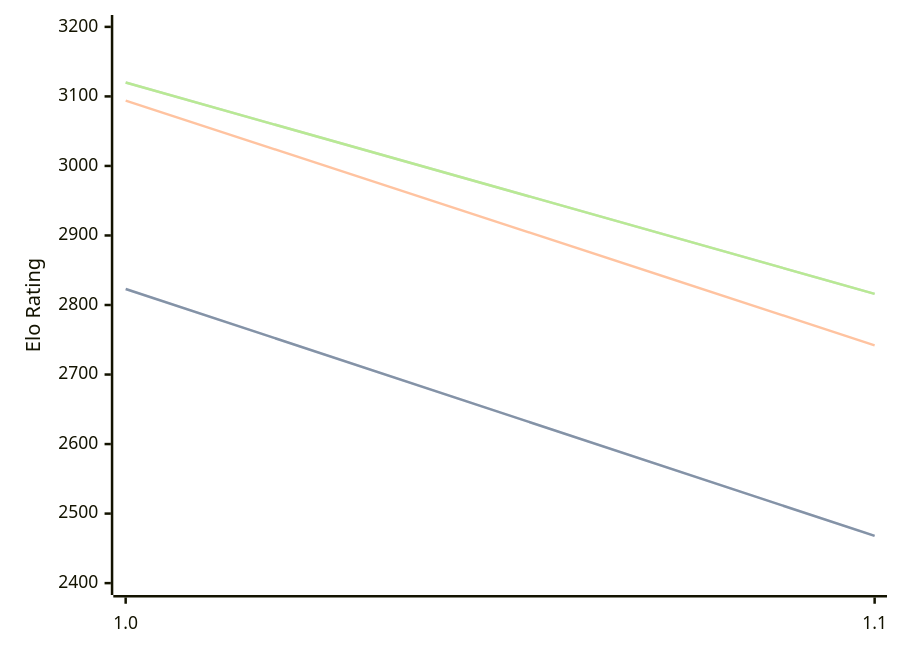
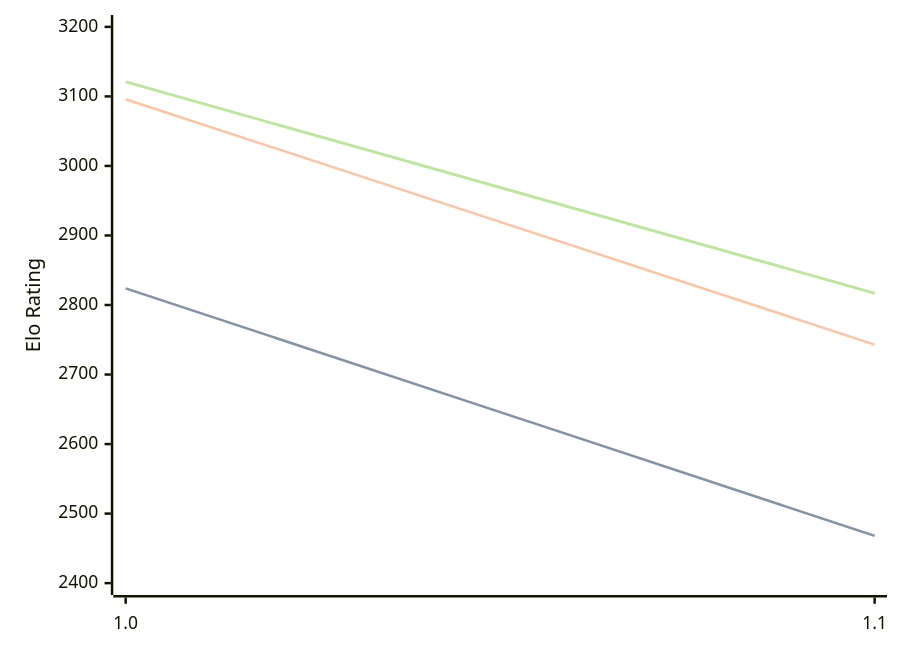
One commit to computer-chess-index/cci changed the third of 3 diagrams in engines/Publius.md. Above: the diagram before and after it, drawn with Mermaid. The commit also changed other lines of this file, not shown here.

Commit message:
Update CCI Ratings (ELO VLTC) - 2026-06-23

````diff
--- a/engines/Publius.md
+++ b/engines/Publius.md
@@ -65,11 +65,11 @@
 ```mermaid
 %%{init: {"theme":"base","themeVariables":{"seriesColors:['#a3a3a3','#222221','#faa371']}}}%%
 xychart-beta
   x-axis ["1.0", "1.1"]
   y-axis "Elo Rating" 2400 --> 3200
-  line "STC (8.0+0.08s)" [2823, 2468]
-  line "STC (8.0+0.08s)" [2823, 2468]
-  line "LTC (60.0+0.60s)" [3094, 2742]
-  line "VLTC (2m24s+1.12s)" [3120, 2816]
-  line "VLTC (2m24s+1.12s)" [3120, 2816]
+  line "STC (8.0+0.08s)" [2824, 2468]
+  line "STC (8.0+0.08s)" [2824, 2468]
+  line "LTC (60.0+0.60s)" [3096, 2743]
+  line "VLTC (2m24s+1.12s)" [3121, 2817]
+  line "VLTC (2m24s+1.12s)" [3121, 2817]
 ```
````
